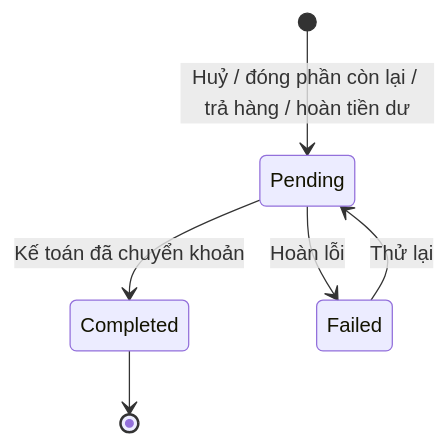
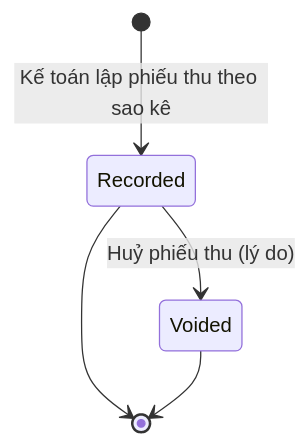
One commit to KLTN-FA26/docs changed the second of 2 diagrams in docs/ecommerce/15-payment/README.md. Above: the diagram before and after it, drawn with Mermaid. The commit also changed other lines of this file and 16 other files, not shown here.

````diff
--- a/docs/ecommerce/15-payment/README.md
+++ b/docs/ecommerce/15-payment/README.md
@@ -219,8 +219,7 @@
 ```mermaid
 stateDiagram-v2
-    [*] --> Pending: Huỷ / đóng phần còn lại / trả hàng / hoàn tiền dư
-    Pending --> Completed: Kế toán đã chuyển khoản
-    Pending --> Failed: Hoàn lỗi
-    Failed --> Pending: Thử lại
-    Completed --> [*]
+    [*] --> Recorded: Kế toán lập phiếu thu theo sao kê
+    Recorded --> Voided: Huỷ phiếu thu (lý do)
+    Recorded --> [*]
+    Voided --> [*]
 ```
````
